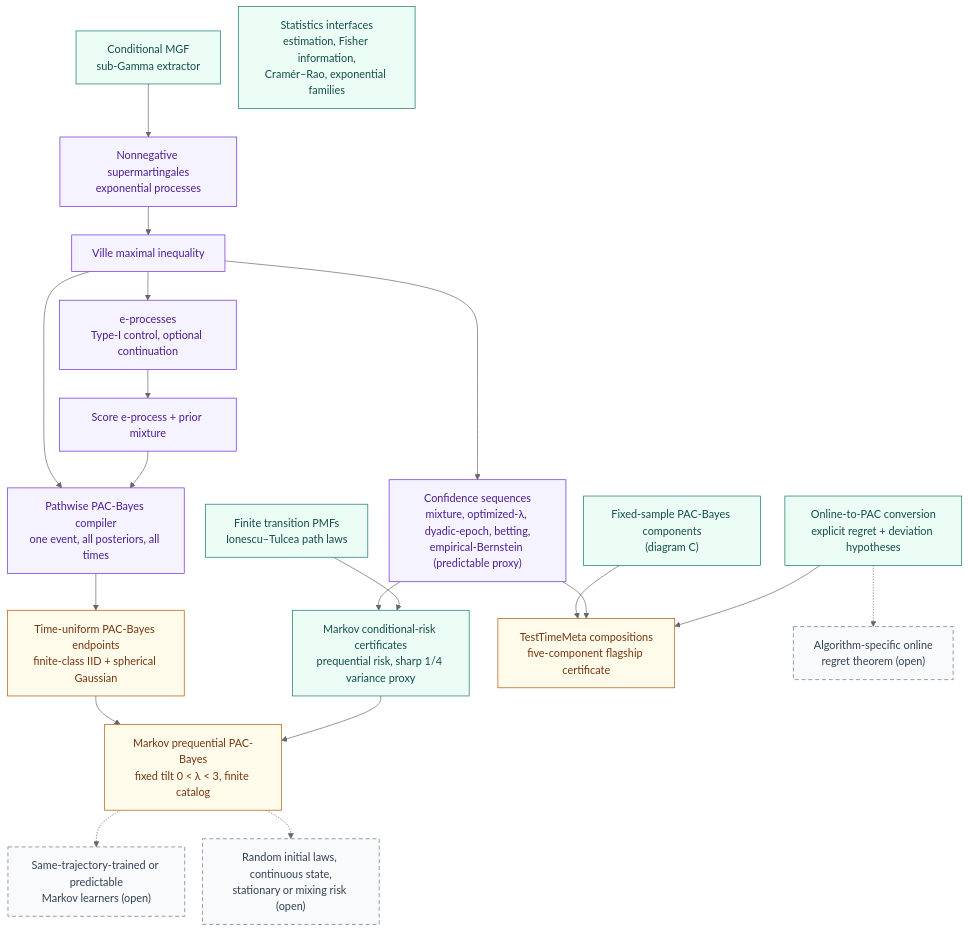
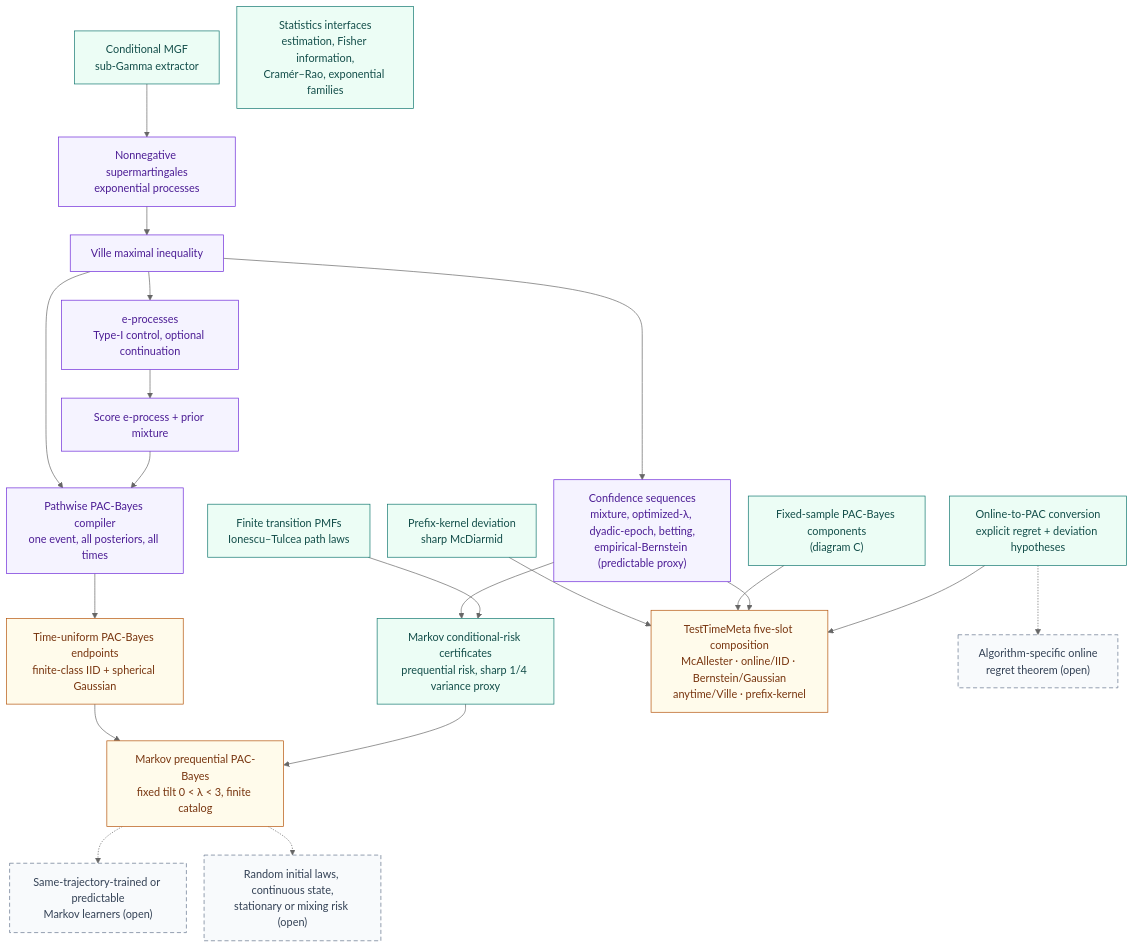
The fourth of 4 diagrams in docs/diagrams.md (Robby955/FormalSLT), drawn with Mermaid before and after one commit. The commit also changed other lines of this file and 4 other files, not shown here.

Commit message:
docs(diagrams): harden theorem map scope and rendering

````diff
--- a/docs/diagrams.md
+++ b/docs/diagrams.md
@@ -176,50 +185,52 @@
 ```mermaid
 %%{init: {'theme': 'neutral', 'flowchart': {'rankSpacing': 42, 'nodeSpacing': 26}}}%%
 flowchart TD
     condmgf["Conditional MGF<br/>sub-Gamma extractor"]
     supermart["Nonnegative supermartingales<br/>exponential processes"]
     ville["Ville maximal inequality"]
     eproc["e-processes<br/>Type-I control, optional continuation"]
     cs["Confidence sequences<br/>mixture, optimized-λ, dyadic-epoch, betting,<br/>empirical-Bernstein (predictable proxy)"]
     score["Score e-process + prior mixture"]
     pathwise["Pathwise PAC-Bayes compiler<br/>one event, all posteriors, all times"]
     tu["Time-uniform PAC-Bayes endpoints<br/>finite-class IID + spherical Gaussian"]
     pathlaw["Finite transition PMFs<br/>Ionescu–Tulcea path laws"]
     markovrisk["Markov conditional-risk certificates<br/>prequential risk, sharp 1/4 variance proxy"]
     markovpb["Markov prequential PAC-Bayes<br/>fixed tilt 0 &lt; λ &lt; 3, finite catalog"]
     otp["Online-to-PAC conversion<br/>explicit regret + deviation hypotheses"]
     stats["Statistics interfaces<br/>estimation, Fisher information,<br/>Cramér–Rao, exponential families"]
     pbc["Fixed-sample PAC-Bayes components<br/>(diagram C)"]
-    ttm["TestTimeMeta compositions<br/>five-component flagship certificate"]
+    prefix["Prefix-kernel deviation<br/>sharp McDiarmid"]
+    ttm["TestTimeMeta five-slot composition<br/>McAllester · online/IID · Bernstein/Gaussian<br/>anytime/Ville · prefix-kernel"]
     markovopen1["Same-trajectory-trained or predictable<br/>Markov learners (open)"]
     markovopen2["Random initial laws, continuous state,<br/>stationary or mixing risk (open)"]
     otpopen["Algorithm-specific online<br/>regret theorem (open)"]
 
     condmgf --> supermart
     supermart --> ville
     ville --> eproc
     ville --> cs
     eproc --> score
     score --> pathwise
     ville --> pathwise
     pathwise --> tu
     pathlaw --> markovrisk
     cs --> markovrisk
     markovrisk --> markovpb
     tu --> markovpb
     otp --> ttm
     cs --> ttm
     pbc --> ttm
+    prefix --> ttm
     markovpb -.-> markovopen1
     markovpb -.-> markovopen2
     otp -.-> otpopen
 
     classDef checked fill:#ecfdf5,stroke:#0f766e,color:#134e4a;
     classDef sequential fill:#f5f3ff,stroke:#6d28d9,color:#4c1d95;
     classDef endpointNode fill:#fffbeb,stroke:#b45309,color:#78350f;
     classDef open fill:#f8fafc,stroke:#64748b,color:#334155,stroke-dasharray:6 4;
-    class condmgf,pathlaw,markovrisk,otp,stats,pbc checked;
+    class condmgf,pathlaw,markovrisk,otp,stats,pbc,prefix checked;
     class supermart,ville,eproc,cs,score,pathwise sequential;
     class tu,markovpb,ttm endpointNode;
     class markovopen1,markovopen2,otpopen open;
 ```
````
